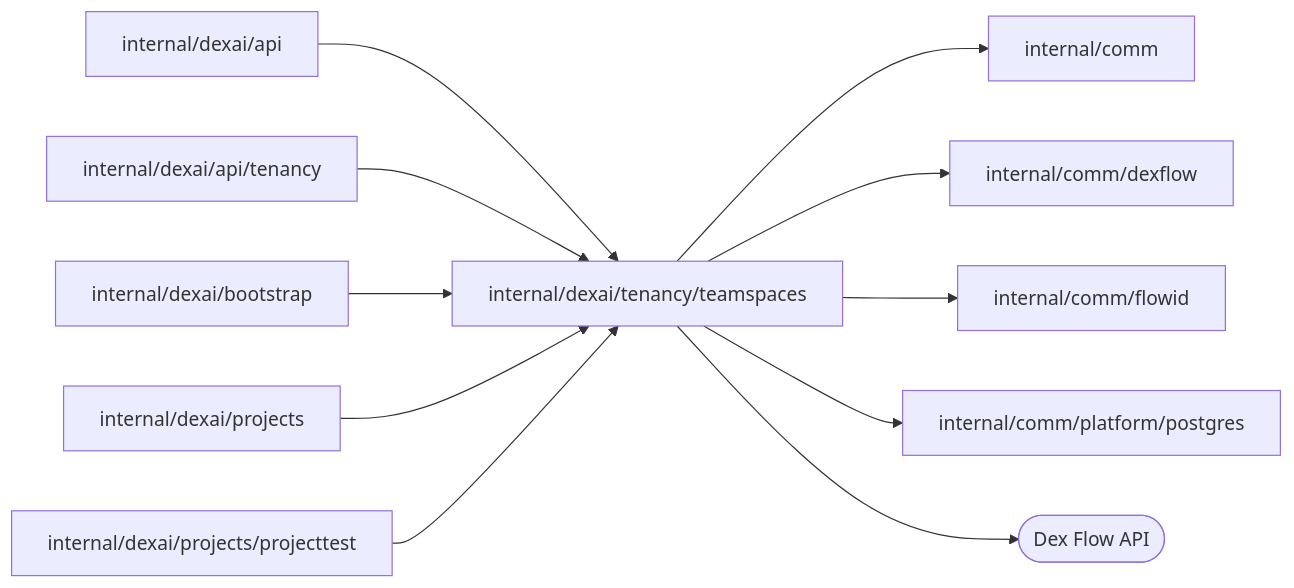
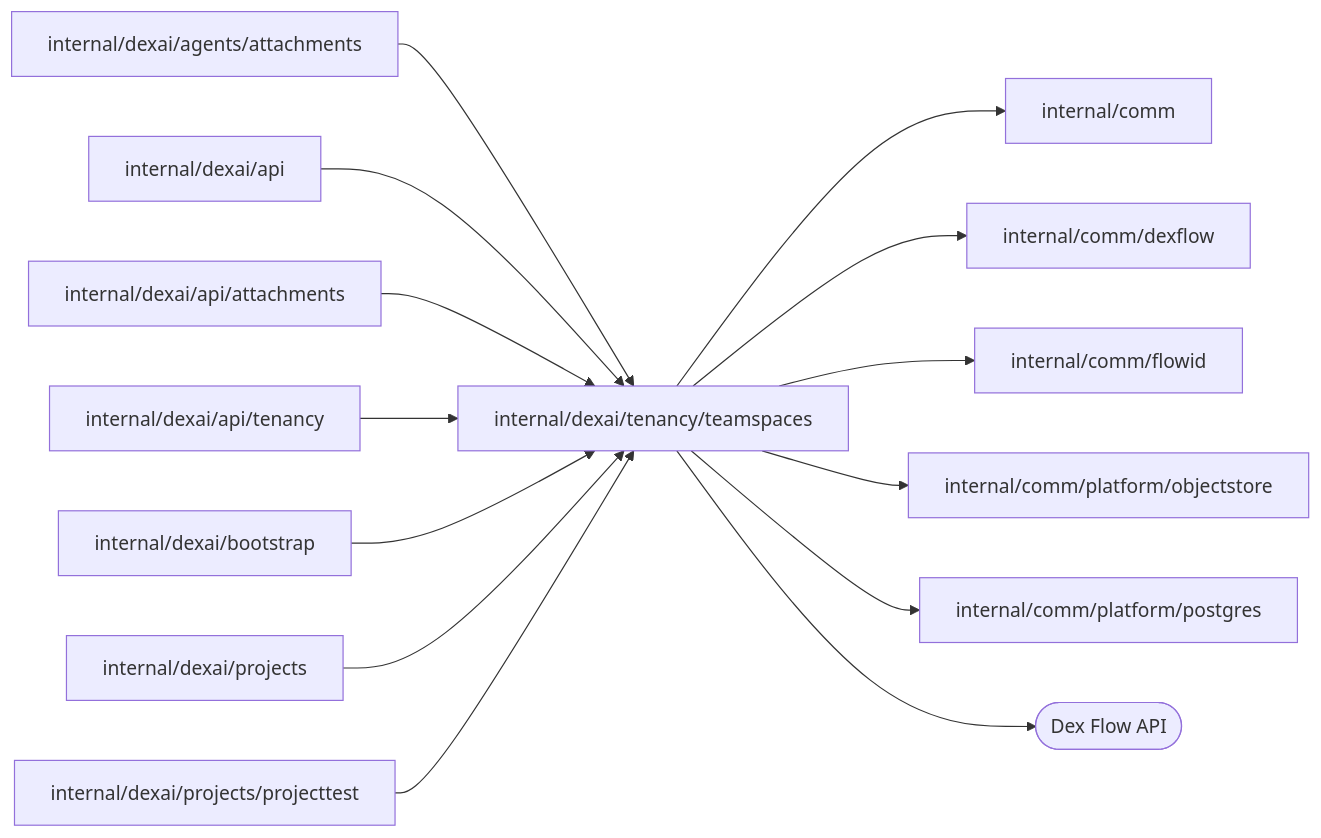
One commit to superdurable/superverse changed the diagram in internal/dexai/tenancy/teamspaces/README.md. Above: the diagram before and after it, drawn with Mermaid. The commit also changed other lines of this file and 259 other files, not shown here.

````diff
--- a/internal/dexai/tenancy/teamspaces/README.md
+++ b/internal/dexai/tenancy/teamspaces/README.md
@@ -10,14 +10,17 @@
 ```mermaid
 flowchart LR
   self["internal/dexai/tenancy/teamspaces"]
-  c0["internal/dexai/api"] --> self
-  c1["internal/dexai/api/tenancy"] --> self
-  c2["internal/dexai/bootstrap"] --> self
-  c3["internal/dexai/projects"] --> self
-  c4["internal/dexai/projects/projecttest"] --> self
+  c0["internal/dexai/agents/attachments"] --> self
+  c1["internal/dexai/api"] --> self
+  c2["internal/dexai/api/attachments"] --> self
+  c3["internal/dexai/api/tenancy"] --> self
+  c4["internal/dexai/bootstrap"] --> self
+  c5["internal/dexai/projects"] --> self
+  c6["internal/dexai/projects/projecttest"] --> self
   self --> d0["internal/comm"]
   self --> d1["internal/comm/dexflow"]
   self --> d2["internal/comm/flowid"]
-  self --> d3["internal/comm/platform/postgres"]
+  self --> d3["internal/comm/platform/objectstore"]
+  self --> d4["internal/comm/platform/postgres"]
   self --> e0(["Dex Flow API"])
 ```
````
